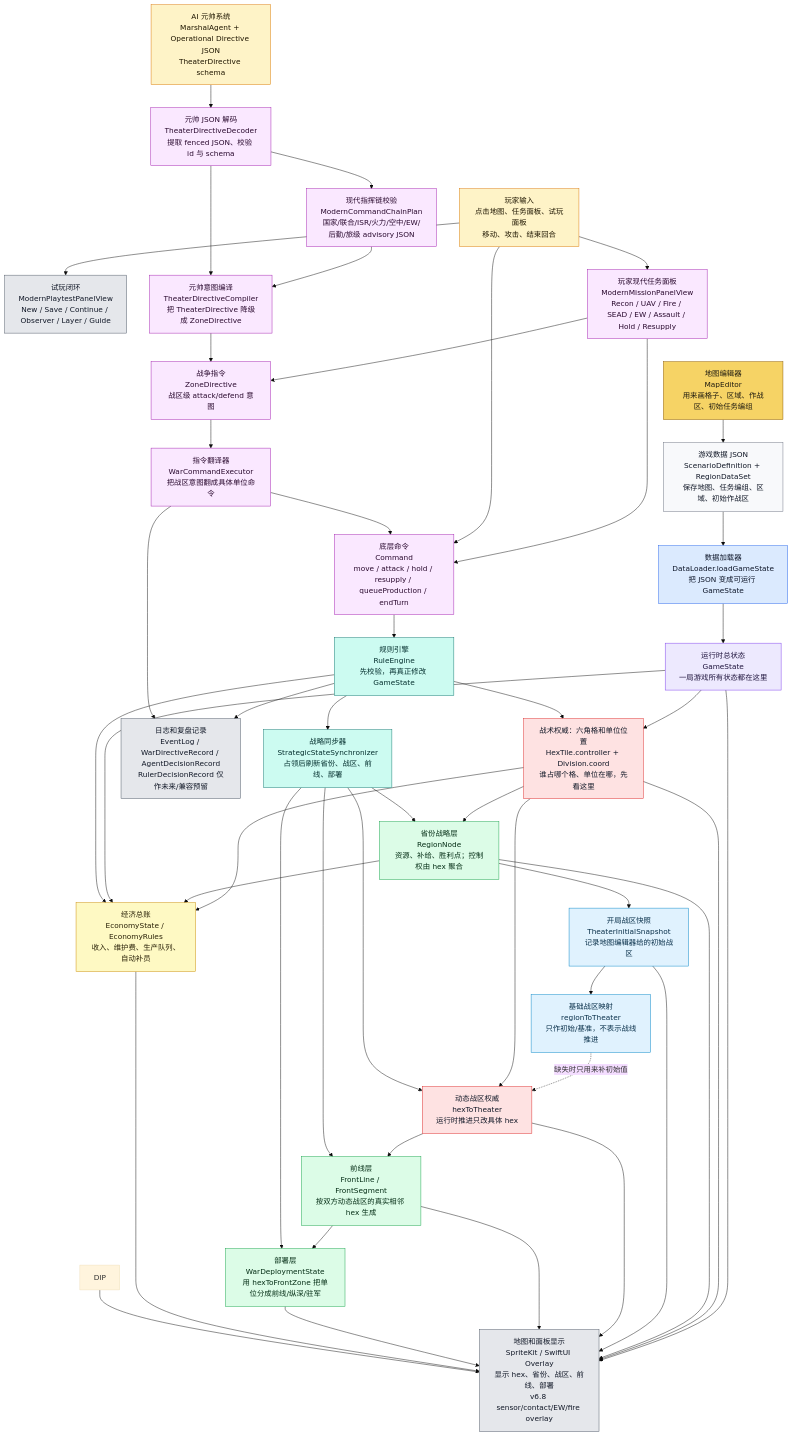
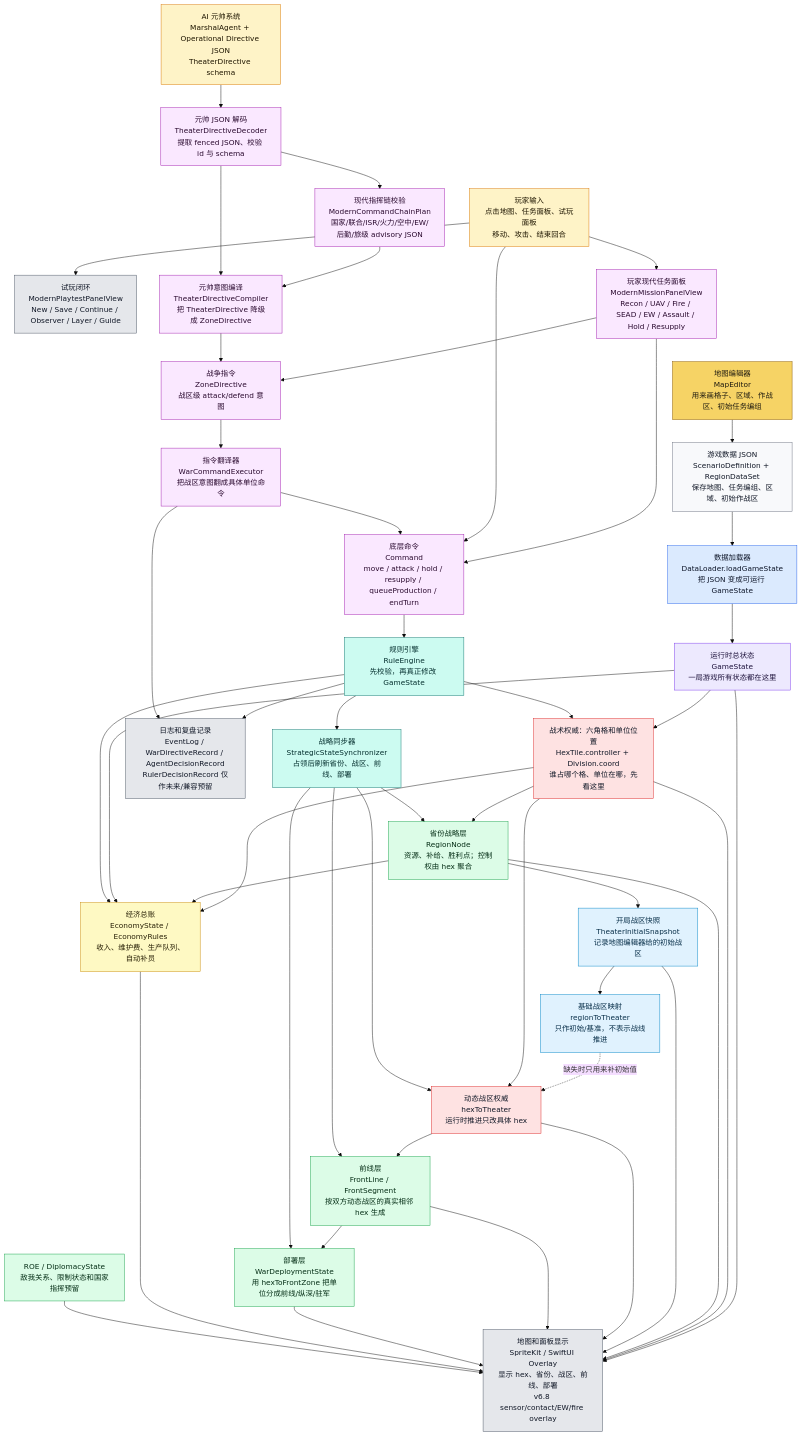
Before and after one commit to Altman-sam114/127: diagram 13 of 20 in md/flow/flowchart.md, drawn with Mermaid (base theme). The commit also changed 7 other files, not shown here.

```diff
--- a/md/flow/flowchart.md
+++ b/md/flow/flowchart.md
@@ -410,6 +410,7 @@
     FRONT["前线层<br/>FrontLine / FrontSegment<br/>按双方动态战区的真实相邻 hex 生成"]:::derived
     DEPLOY["部署层<br/>WarDeploymentState<br/>用 hexToFrontZone 把单位分成前线/纵深/驻军"]:::derived
     ECO["经济总账<br/>EconomyState / EconomyRules<br/>收入、维护费、生产队列、自动补员"]:::economy
+    DIP["ROE / DiplomacyState<br/>敌我关系、限制状态和国家指挥预留"]:::derived
     PLAYER["玩家输入<br/>点击地图、任务面板、试玩面板<br/>移动、攻击、结束回合"]:::input
     PLAYTEST["试玩闭环<br/>ModernPlaytestPanelView<br/>New / Save / Continue / Observer / Layer / Guide"]:::ui
     MISSION["玩家现代任务面板<br/>ModernMissionPanelView<br/>Recon / UAV / Fire / SEAD / EW / Assault / Hold / Resupply"]:::command
```
